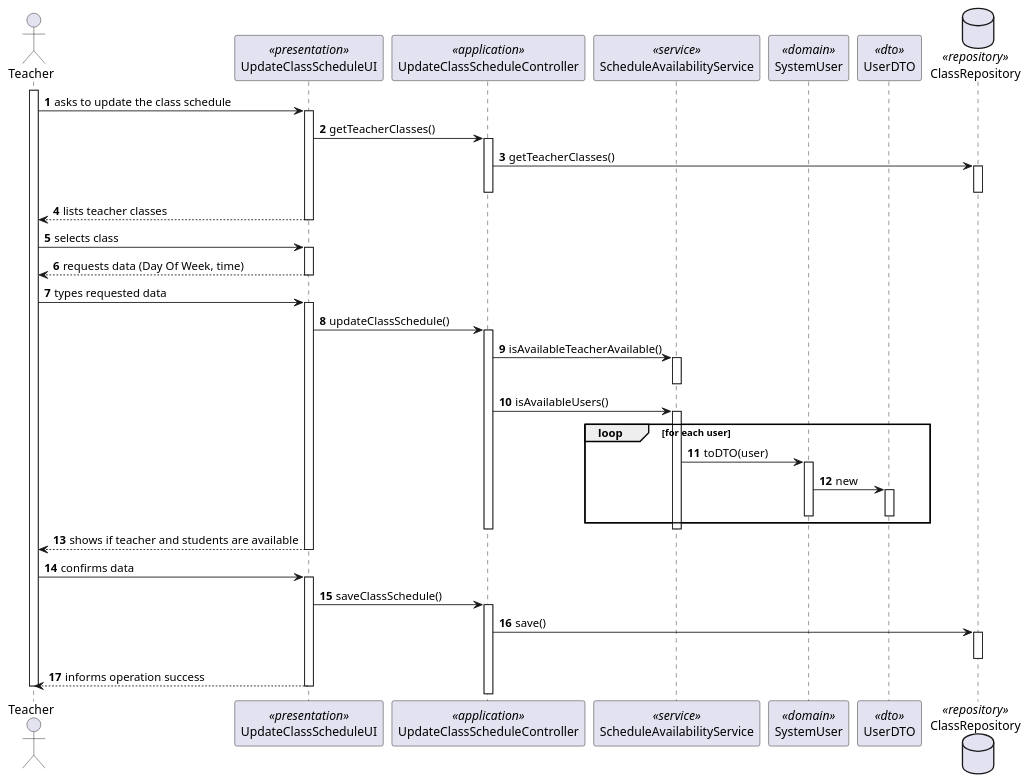
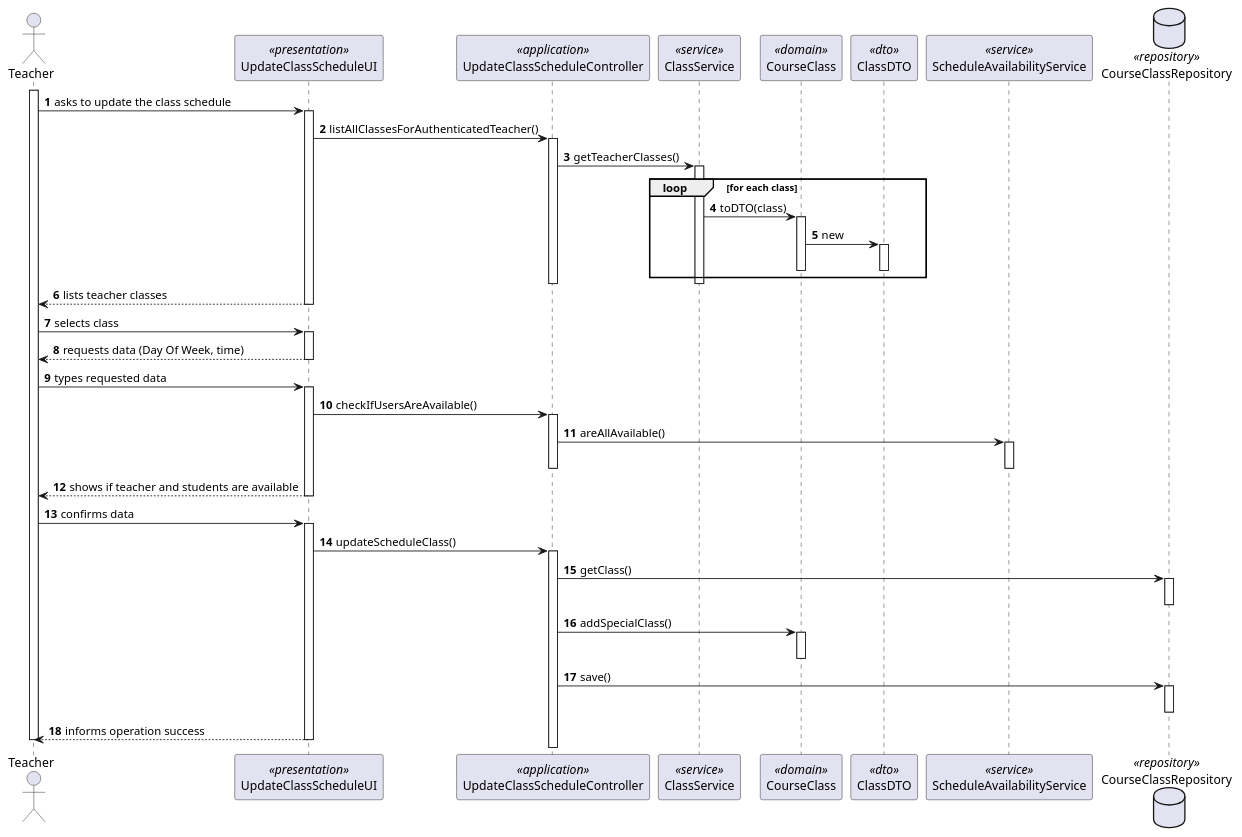
The diagram in docs/sprint-b/us18-1012/US1012_SD.puml (miseEnPlace-dev/lapr4), drawn with PlantUML before and after one commit. The commit also changed 2 other files, not shown here.

```diff
--- a/docs/sprint-b/us18-1012/US1012_SD.puml
+++ b/docs/sprint-b/us18-1012/US1012_SD.puml
@@ -1,81 +1,87 @@
 @startuml US1012_SD
 autonumber
 
 actor "Teacher" as T
 
 participant "UpdateClassScheduleUI" as UI <<presentation>>
 participant "UpdateClassScheduleController" as CTRL <<application>>
+participant "ClassService" as CLASSSERVICE <<service>>
+participant "CourseClass" as COURSECLASS <<domain>>
+participant "ClassDTO" as DTO <<dto>>
 participant "ScheduleAvailabilityService" as SAREP <<service>>
-participant "SystemUser" as USER <<domain>>
-participant "UserDTO" as DTO <<dto>>
 
-database ClassRepository as REP <<repository>>
+database CourseClassRepository as REP <<repository>>
 
 activate T
 
 T -> UI : asks to update the class schedule
 activate UI
 
-UI -> CTRL : getTeacherClasses()
+UI -> CTRL : listAllClassesForAuthenticatedTeacher()
 activate CTRL
 
-CTRL -> REP : getTeacherClasses()
-activate REP
-deactivate REP
+CTRL -> CLASSSERVICE : getTeacherClasses()
+activate CLASSSERVICE
 
+loop for each class
+  CLASSSERVICE -> COURSECLASS : toDTO(class)
+  activate COURSECLASS
+  COURSECLASS -> DTO : new
+  activate DTO
+  deactivate DTO
+  deactivate COURSECLASS
+end loop
+
+deactivate CLASSSERVICE
 deactivate CTRL
 
 UI --> T: lists teacher classes
 deactivate UI
 
 T -> UI : selects class
 activate UI
 
 UI --> T : requests data (Day Of Week, time)
 deactivate UI
 
 T -> UI : types requested data
 activate UI
 
-UI -> CTRL : updateClassSchedule()
+UI -> CTRL : checkIfUsersAreAvailable()
 activate CTRL
 
-CTRL -> SAREP : isAvailableTeacherAvailable()
+CTRL -> SAREP : areAllAvailable()
 activate SAREP
 deactivate SAREP
-
-CTRL -> SAREP : isAvailableUsers()
-activate SAREP
-
-loop for each user
-  SAREP -> USER : toDTO(user)
-  activate USER
-  USER -> DTO : new
-  activate DTO
-  deactivate DTO
-  deactivate USER
-end loop
 
 deactivate SAREP
 deactivate CTRL
 
 UI --> T : shows if teacher and students are available
 deactivate UI
 
 T -> UI : confirms data
 activate UI
 
-UI -> CTRL : saveClassSchedule()
+UI -> CTRL : updateScheduleClass()
 activate CTRL
+
+CTRL -> REP : getClass()
+activate REP
+deactivate REP
+
+CTRL -> COURSECLASS : addSpecialClass()
+activate COURSECLASS
+deactivate COURSECLASS
 
 CTRL -> REP : save()
 activate REP
 deactivate REP
 
 UI --> T : informs operation success
 deactivate UI
 
 
 deactivate T
 
 @enduml
```
